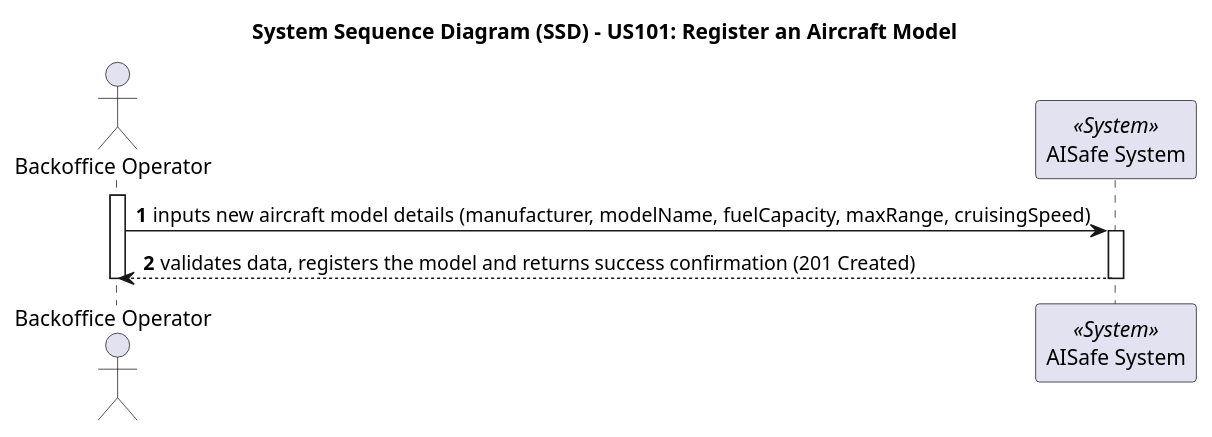
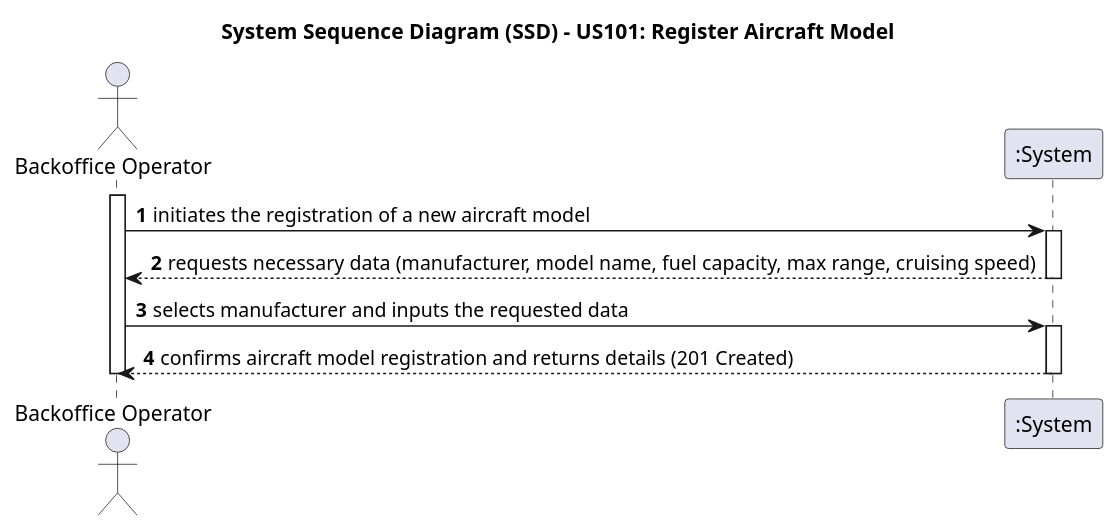
One commit to Andre-1240567/psoft2026_2DB_1240567_1241013_1240624 changed the diagram in docs/use-cases/WP#1A/US101/puml/US101-SSD.puml. Above: the diagram before and after it, drawn with PlantUML. The commit also changed 21 other files, not shown here.

```diff
--- a/docs/use-cases/WP#1A/US101/puml/US101-SSD.puml
+++ b/docs/use-cases/WP#1A/US101/puml/US101-SSD.puml
@@ -1,17 +1,19 @@
-@startuml SSD_US101
+@startuml US101-SSD
 autonumber
-title System Sequence Diagram (SSD) - US101: Register an Aircraft Model
+title System Sequence Diagram (SSD) - US101: Register Aircraft Model
 
 actor "Backoffice Operator" as Operator
-participant "AISafe System" as System <<System>>
+participant ":System" as System
 
 activate Operator
-
-Operator -> System: inputs new aircraft model details (manufacturer, modelName, fuelCapacity, maxRange, cruisingSpeed)
+Operator -> System: initiates the registration of a new aircraft model
 activate System
-
-System --> Operator: validates data, registers the model and returns success confirmation (201 Created)
+System --> Operator: requests necessary data (manufacturer, model name, fuel capacity, max range, cruising speed)
 deactivate System
 
+Operator -> System: selects manufacturer and inputs the requested data
+activate System
+System --> Operator: confirms aircraft model registration and returns details (201 Created)
+deactivate System
 deactivate Operator
 @enduml
```
